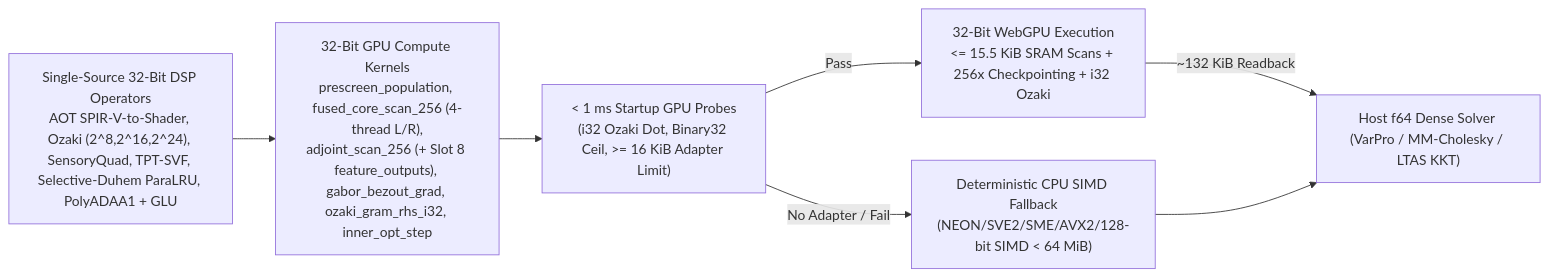
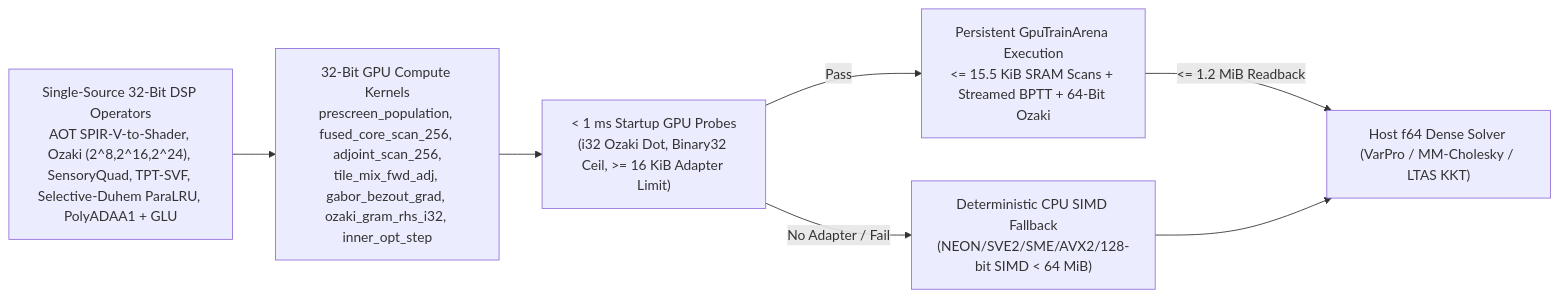
The second of 2 diagrams in docs/specs/training/webgpu_and_varpro_solver.md (mokugen/dnam), drawn with Mermaid before and after one commit. The commit also changed other lines of this file and 18 other files, not shown here.

````diff
--- a/docs/specs/training/webgpu_and_varpro_solver.md
+++ b/docs/specs/training/webgpu_and_varpro_solver.md
@@ -217,9 +283,9 @@
 ```mermaid
 flowchart LR
-    Kernels["Single-Source 32-Bit DSP Operators<br/>AOT SPIR-V-to-Shader, Ozaki (2^8,2^16,2^24), SensoryQuad, TPT-SVF, Selective-Duhem ParaLRU, PolyADAA1 + GLU"] --> Shaders["32-Bit GPU Compute Kernels<br/>prescreen_population, fused_core_scan_256 (4-thread L/R),<br/>adjoint_scan_256 (+ Slot 8 feature_outputs), gabor_bezout_grad, ozaki_gram_rhs_i32, inner_opt_step"]
+    Kernels["Single-Source 32-Bit DSP Operators<br/>AOT SPIR-V-to-Shader, Ozaki (2^8,2^16,2^24), SensoryQuad, TPT-SVF, Selective-Duhem ParaLRU, PolyADAA1 + GLU"] --> Shaders["32-Bit GPU Compute Kernels<br/>prescreen_population, fused_core_scan_256, adjoint_scan_256,<br/>tile_mix_fwd_adj, gabor_bezout_grad, ozaki_gram_rhs_i32, inner_opt_step"]
     Shaders --> Probe["< 1 ms Startup GPU Probes<br/>(i32 Ozaki Dot, Binary32 Ceil, >= 16 KiB Adapter Limit)"]
-    Probe -->|"Pass"| GPU["32-Bit WebGPU Execution<br/><= 15.5 KiB SRAM Scans + 256x Checkpointing + i32 Ozaki"]
+    Probe -->|"Pass"| GPU["Persistent GpuTrainArena Execution<br/><= 15.5 KiB SRAM Scans + Streamed BPTT + 64-Bit Ozaki"]
     Probe -->|"No Adapter / Fail"| CPU["Deterministic CPU SIMD Fallback<br/>(NEON/SVE2/SME/AVX2/128-bit SIMD < 64 MiB)"]
-    GPU -->|"~132 KiB Readback"| Host["Host f64 Dense Solver (VarPro / MM-Cholesky / LTAS KKT)"]
+    GPU -->|"<= 1.2 MiB Readback"| Host["Host f64 Dense Solver (VarPro / MM-Cholesky / LTAS KKT)"]
     CPU --> Host
 ```
````
